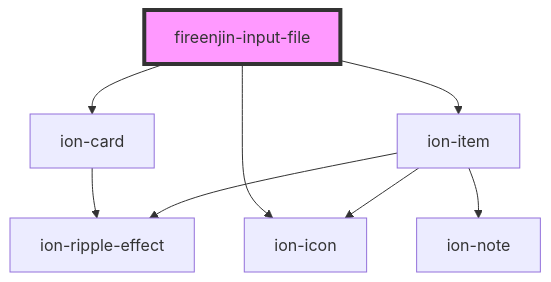
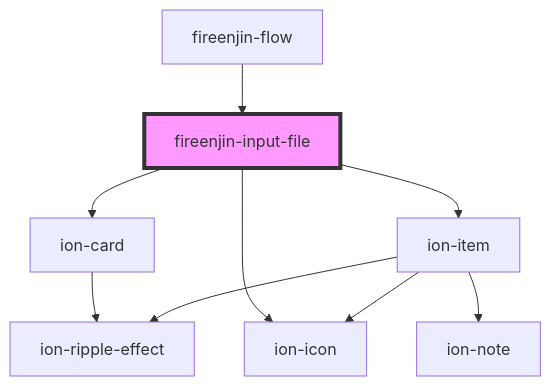
The diagram in src/components/input-file/readme.md (FireEnjin/Components), drawn with Mermaid before and after one commit. The commit also changed other lines of this file and 10 other files, not shown here.

Commit message:
fix(flow): Setup basic flow form functionality

````diff
--- a/src/components/input-file/readme.md
+++ b/src/components/input-file/readme.md
@@ -54,11 +59,12 @@
 ```mermaid
 graph TD;
   fireenjin-input-file --> ion-card
   fireenjin-input-file --> ion-item
   fireenjin-input-file --> ion-icon
   ion-card --> ion-ripple-effect
   ion-item --> ion-icon
   ion-item --> ion-ripple-effect
   ion-item --> ion-note
+  fireenjin-flow --> fireenjin-input-file
   style fireenjin-input-file fill:#f9f,stroke:#333,stroke-width:4px
 ```
````
